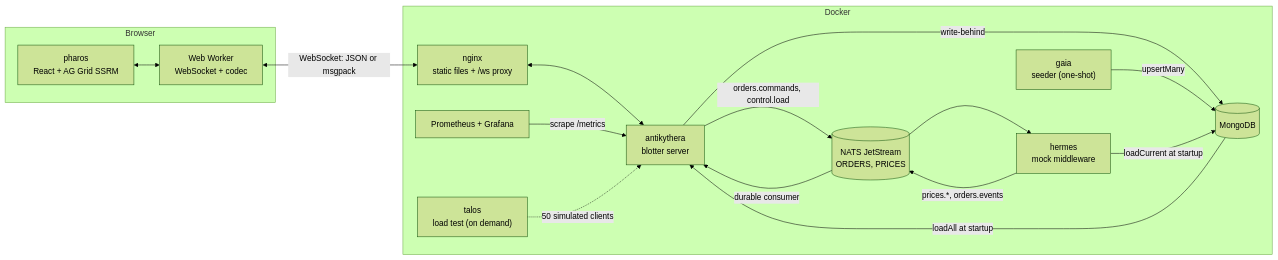
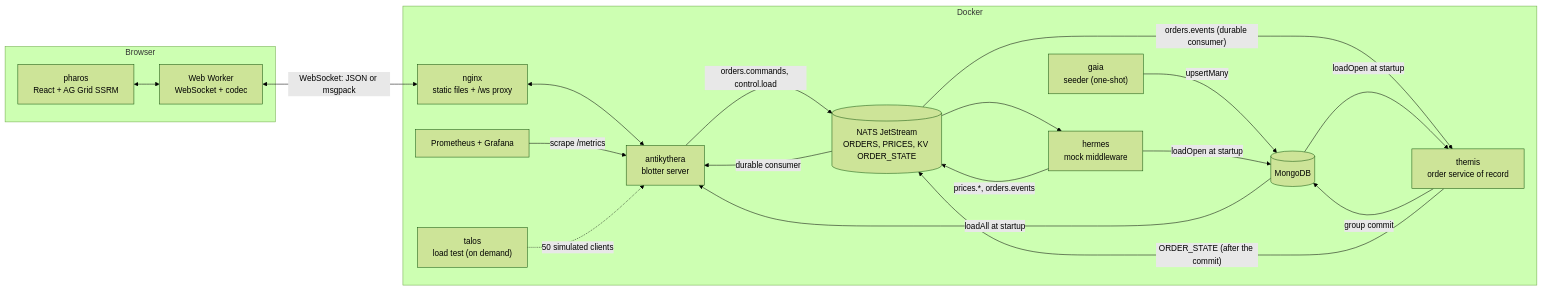
Before and after one commit to iAppGeek/apeiron: the first of 3 diagrams in docs/architecture.md, drawn with Mermaid (forest theme). The commit also changed other lines of this file and 57 other files, not shown here.

````diff
--- a/docs/architecture.md
+++ b/docs/architecture.md
@@ -16,30 +16,34 @@
 ```mermaid
 flowchart LR
   subgraph Browser
     UI["pharos<br/>React + AG Grid SSRM"]
     W["Web Worker<br/>WebSocket + codec"]
     UI <--> W
   end
   subgraph Docker
     NG["nginx<br/>static files + /ws proxy"]
     AN["antikythera<br/>blotter server"]
+    TH["themis<br/>order service of record"]
     HE["hermes<br/>mock middleware"]
-    NA[("NATS JetStream<br/>ORDERS, PRICES")]
+    NA[("NATS JetStream<br/>ORDERS, PRICES, KV ORDER_STATE")]
     MO[("MongoDB")]
     GA["gaia<br/>seeder (one-shot)"]
     PR["Prometheus + Grafana"]
     TA["talos<br/>load test (on demand)"]
   end
   W <-->|"WebSocket: JSON or msgpack"| NG
   NG <--> AN
   HE -->|"prices.*, orders.events"| NA
   NA -->|"durable consumer"| AN
   AN -->|"orders.commands, control.load"| NA
   NA --> HE
-  AN -->|"write-behind"| MO
+  NA -->|"orders.events (durable consumer)"| TH
+  TH -->|"group commit"| MO
+  TH -->|"ORDER_STATE (after the commit)"| NA
   MO -->|"loadAll at startup"| AN
   GA -->|"upsertMany"| MO
-  HE -->|"loadCurrent at startup"| MO
+  MO -->|"loadOpen at startup"| TH
+  HE -->|"loadOpen at startup"| MO
   PR -->|"scrape /metrics"| AN
   TA -.->|"50 simulated clients"| AN
 ```
````
